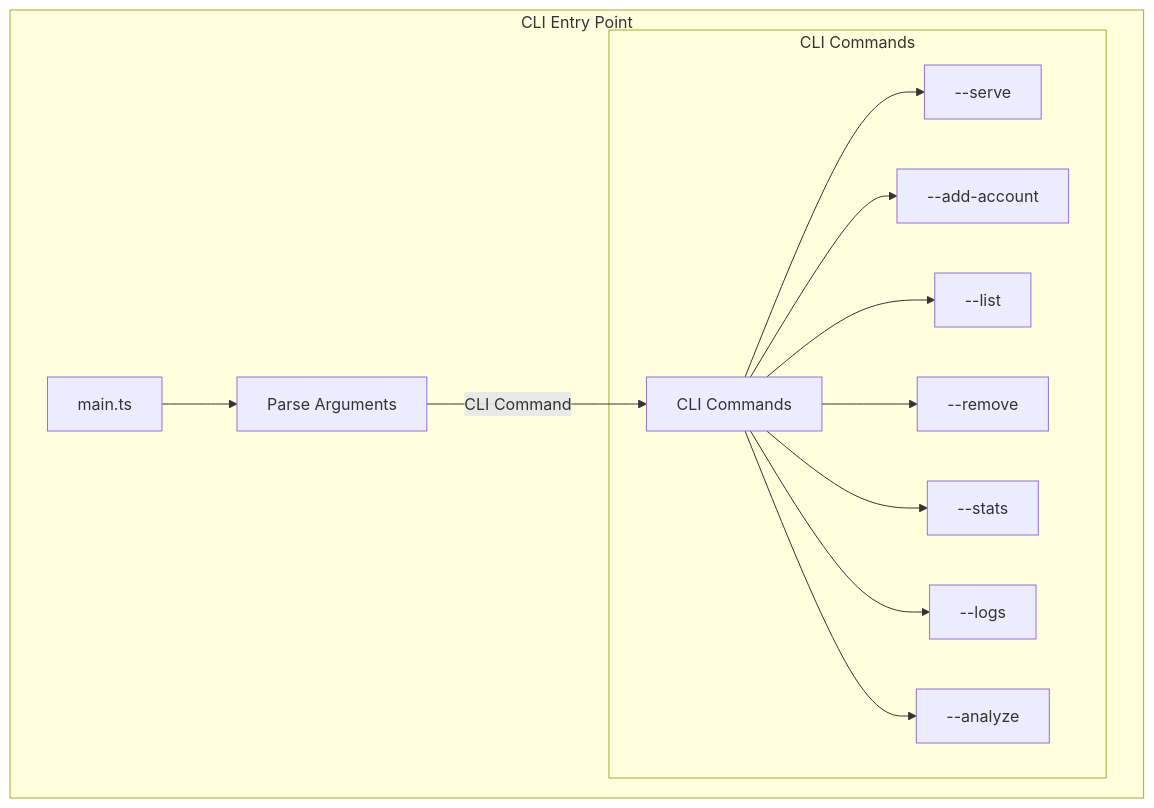
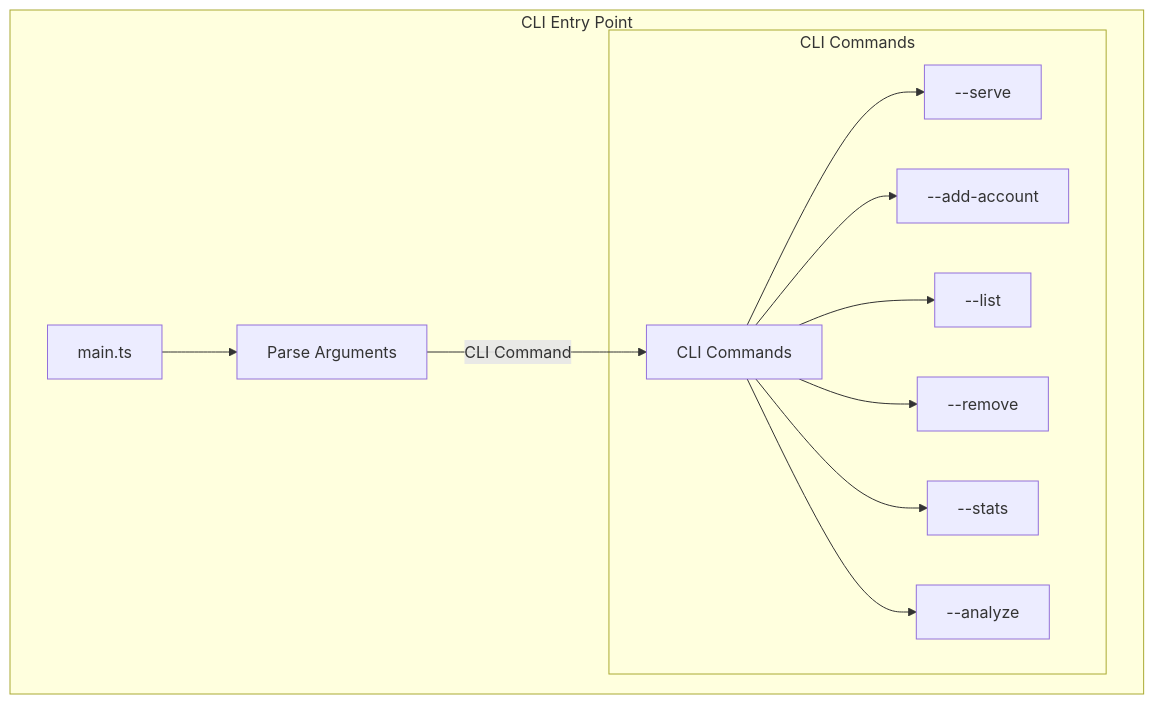
One commit to SijanC147/better-ccflare changed the fourth of 25 diagrams in docs/architecture.md. Above: the diagram before and after it, drawn with Mermaid. The commit also changed 9 other files, not shown here.

````diff
--- a/docs/architecture.md
+++ b/docs/architecture.md
@@ -230,30 +230,28 @@
 ```mermaid
 graph TB
     %% Entry Point
     subgraph "CLI Entry Point"
         MAIN[main.ts]
         ARGS[Parse Arguments]
 
         %% CLI Commands group
         subgraph "CLI Commands"
             CLI_CMDS[CLI Commands]
             SERVE[--serve]
             ADD[--add-account]
             LIST[--list]
             REMOVE[--remove]
             STATS[--stats]
-            LOGS[--logs]
             ANALYZE[--analyze]
             CLI_CMDS --> SERVE
             CLI_CMDS --> ADD
             CLI_CMDS --> LIST
             CLI_CMDS --> REMOVE
             CLI_CMDS --> STATS
-            CLI_CMDS --> LOGS
             CLI_CMDS --> ANALYZE
         end
     end
 
     MAIN --> ARGS
     ARGS -->|CLI Command| CLI_CMDS
 ```
````
